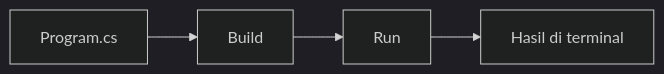
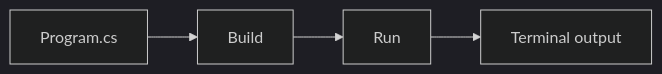
One commit to iqraa07/dotnet-90-days changed the diagram in phase-1-csharp/day-01-setup-net-10-and-hello-world/README.md. Above: the diagram before and after it, drawn with Mermaid (dark theme). The commit also changed other lines of this file and 114 other files, not shown here.

````diff
--- a/phase-1-csharp/day-01-setup-net-10-and-hello-world/README.md
+++ b/phase-1-csharp/day-01-setup-net-10-and-hello-world/README.md
@@ -9,6 +9,6 @@
 ```mermaid
 flowchart LR
     A["Program.cs"] --> B["Build"]
     B --> C["Run"]
-    C --> D["Hasil di terminal"]
+    C --> D["Terminal output"]
 ```
````
